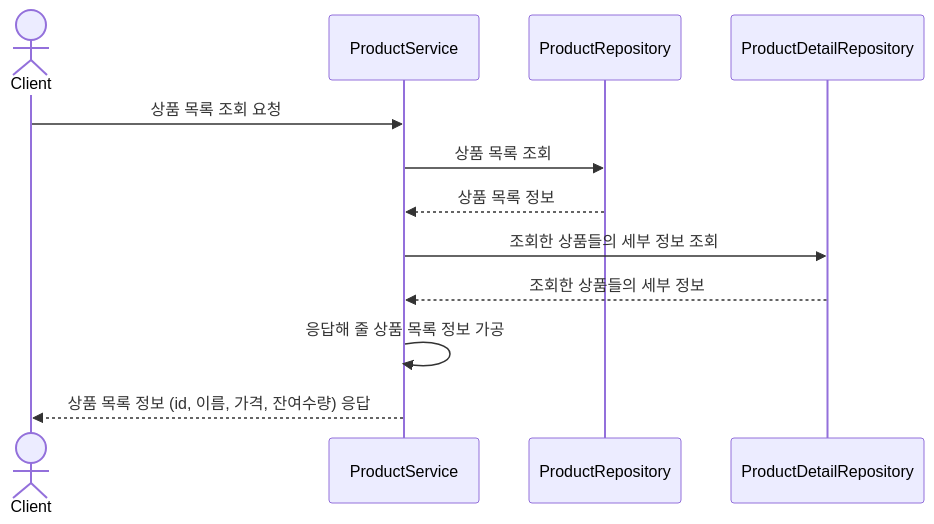
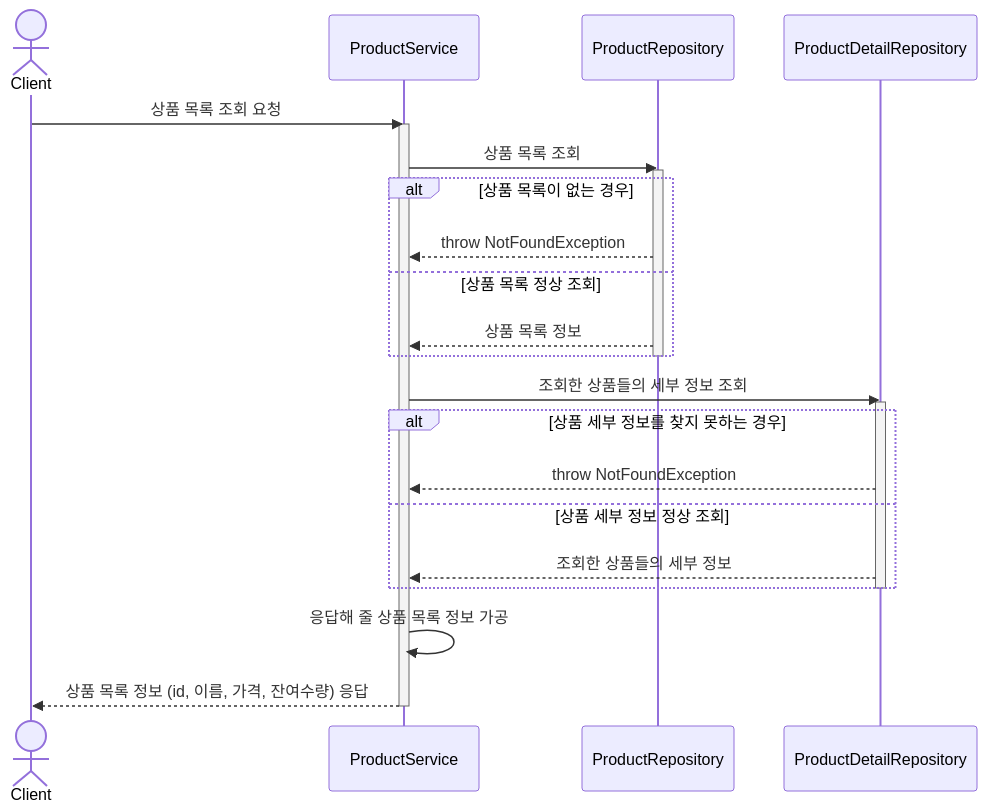
Before and after one commit to lgm1007/hhplus_ecommerce: the third of 10 diagrams in docs/SEQUENCE_DIAGRAM.md, drawn with Mermaid. The commit also changed other lines of this file, not shown here.

Commit message:
docs: 시퀀스 다이어그램 내용 수정

````diff
--- a/docs/SEQUENCE_DIAGRAM.md
+++ b/docs/SEQUENCE_DIAGRAM.md
@@ -53,15 +61,29 @@
 ```mermaid
 sequenceDiagram
     actor Client
     participant ProductService
     participant ProductRepository
     participant ProductDetailRepository
 
     Client ->> ProductService: 상품 목록 조회 요청
+    activate ProductService
     ProductService ->> ProductRepository: 상품 목록 조회
-    ProductRepository -->> ProductService: 상품 목록 정보
+    activate ProductRepository
+    alt 상품 목록이 없는 경우
+        ProductRepository -->> ProductService: throw NotFoundException
+    else 상품 목록 정상 조회
+        ProductRepository -->> ProductService: 상품 목록 정보
+    end
+    deactivate ProductRepository
     ProductService ->> ProductDetailRepository: 조회한 상품들의 세부 정보 조회
-    ProductDetailRepository -->> ProductService: 조회한 상품들의 세부 정보
+    activate ProductDetailRepository
+    alt 상품 세부 정보를 찾지 못하는 경우
+        ProductDetailRepository -->> ProductService: throw NotFoundException
+    else 상품 세부 정보 정상 조회
+        ProductDetailRepository -->> ProductService: 조회한 상품들의 세부 정보
+    end
+    deactivate ProductDetailRepository
     ProductService ->> ProductService: 응답해 줄 상품 목록 정보 가공
     ProductService -->> Client: 상품 목록 정보 (id, 이름, 가격, 잔여수량) 응답
+    deactivate ProductService
 ```
````
